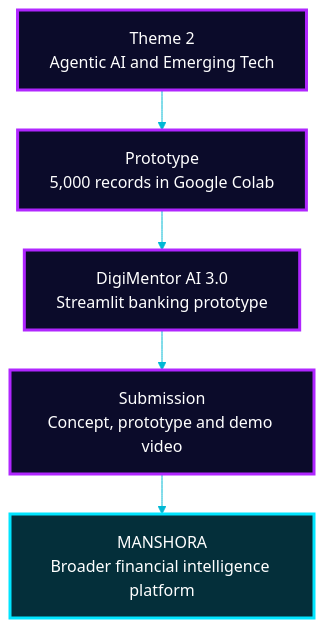
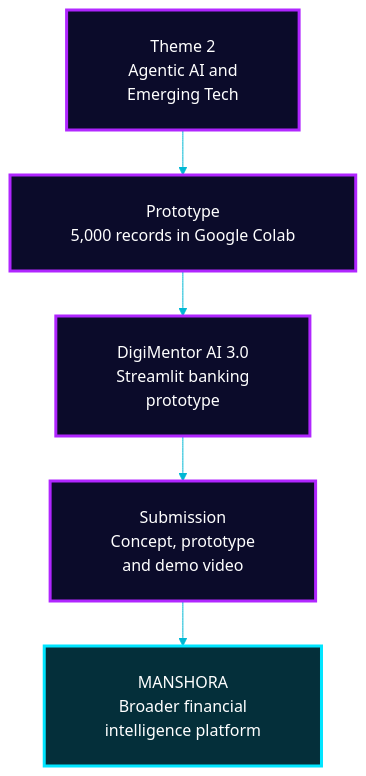
Before and after one commit to Mansi232323/MANSHORA: the second of 17 diagrams in README.md, drawn with Mermaid. The commit also changed other lines of this file, not shown here.

````diff
--- a/README.md
+++ b/README.md
@@ -133,12 +133,12 @@
 ```mermaid
-%%{init: {'theme':'base','themeVariables':{'fontSize':'16px','fontFamily':'Arial, Helvetica, sans-serif','primaryColor':'#0b0b2a','primaryTextColor':'#ffffff','primaryBorderColor':'#b026ff','lineColor':'#00b8d4','textColor':'#ffffff','edgeLabelBackground':'#0b0b2a'},'flowchart':{'htmlLabels':true,'nodeSpacing':30,'rankSpacing':40,'padding':16,'curve':'basis','wrappingWidth':240,'useMaxWidth':true}}}%%
+%%{init: {'theme':'base','themeVariables':{'fontSize':'16px','primaryColor':'#0b0b2a','primaryTextColor':'#ffffff','primaryBorderColor':'#b026ff','lineColor':'#00b8d4','textColor':'#ffffff','edgeLabelBackground':'#0b0b2a'},'flowchart':{'htmlLabels':true,'nodeSpacing':40,'rankSpacing':45,'padding':24,'curve':'basis','wrappingWidth':400,'useMaxWidth':true}}}%%
 flowchart TB
-    h1["Theme 2<br/>Agentic AI and Emerging Tech"] --> h2["Prototype<br/>5,000 records in Google Colab"]
-    h2 --> h3["DigiMentor AI 3.0<br/>Streamlit banking prototype"]
-    h3 --> h4["Submission<br/>Concept, prototype and demo video"]
-    h4 --> b1["MANSHORA<br/>Broader financial intelligence platform"]
+    h1["&nbsp;&nbsp;&nbsp;Theme 2&nbsp;&nbsp;&nbsp;<br/>&nbsp;&nbsp;&nbsp;Agentic AI and&nbsp;&nbsp;&nbsp;<br/>&nbsp;&nbsp;&nbsp;Emerging Tech&nbsp;&nbsp;&nbsp;"] --> h2["&nbsp;&nbsp;&nbsp;Prototype&nbsp;&nbsp;&nbsp;<br/>&nbsp;&nbsp;&nbsp;5,000 records in Google Colab&nbsp;&nbsp;&nbsp;"]
+    h2 --> h3["&nbsp;&nbsp;&nbsp;DigiMentor AI 3.0&nbsp;&nbsp;&nbsp;<br/>&nbsp;&nbsp;&nbsp;Streamlit banking&nbsp;&nbsp;&nbsp;<br/>&nbsp;&nbsp;&nbsp;prototype&nbsp;&nbsp;&nbsp;"]
+    h3 --> h4["&nbsp;&nbsp;&nbsp;Submission&nbsp;&nbsp;&nbsp;<br/>&nbsp;&nbsp;&nbsp;Concept, prototype&nbsp;&nbsp;&nbsp;<br/>&nbsp;&nbsp;&nbsp;and demo video&nbsp;&nbsp;&nbsp;"]
+    h4 --> b1["&nbsp;&nbsp;&nbsp;MANSHORA&nbsp;&nbsp;&nbsp;<br/>&nbsp;&nbsp;&nbsp;Broader financial&nbsp;&nbsp;&nbsp;<br/>&nbsp;&nbsp;&nbsp;intelligence platform&nbsp;&nbsp;&nbsp;"]
     classDef hack fill:#0b0b2a,stroke:#b026ff,stroke-width:3px,color:#ffffff
     classDef now fill:#042f3a,stroke:#00e5ff,stroke-width:3px,color:#ffffff
     class h1,h2,h3,h4 hack
     class b1 now
 ```
````
